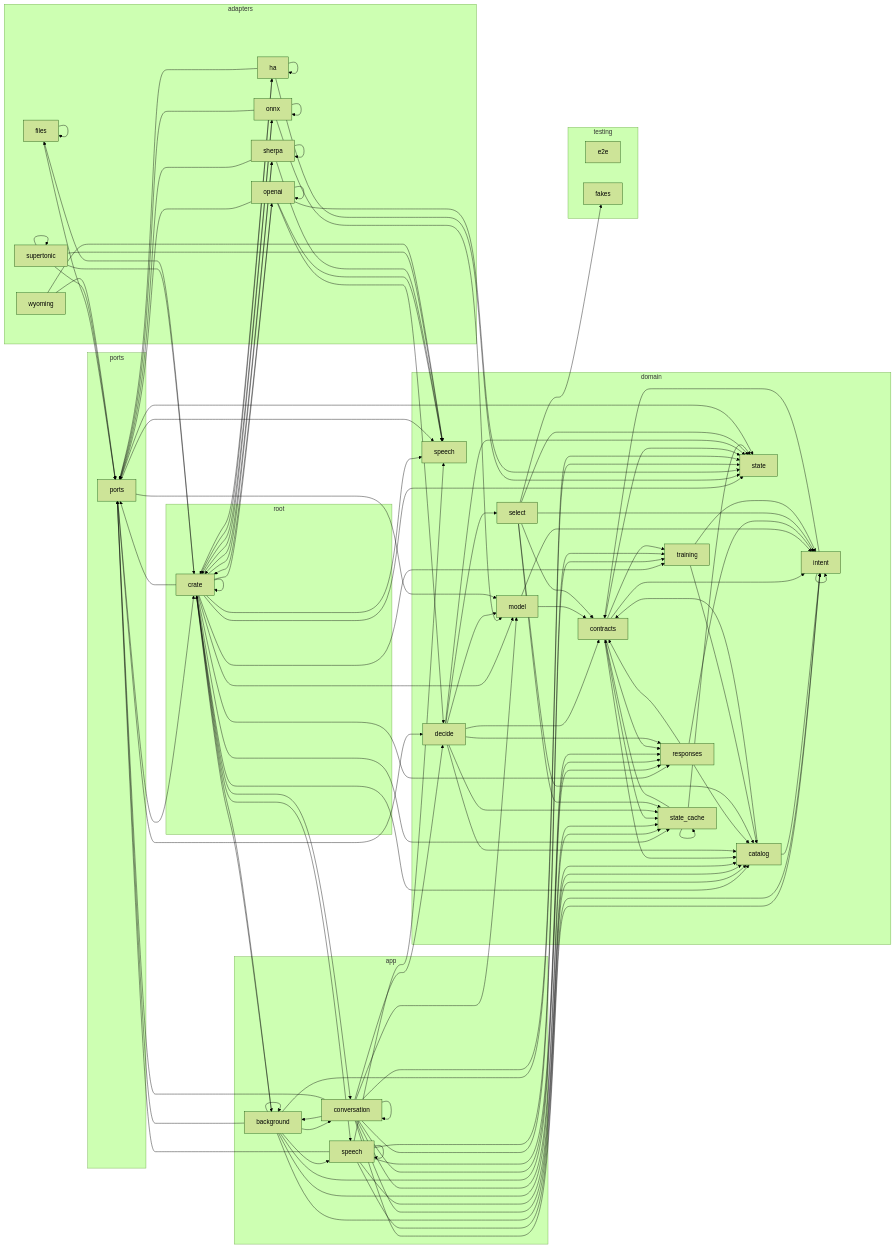
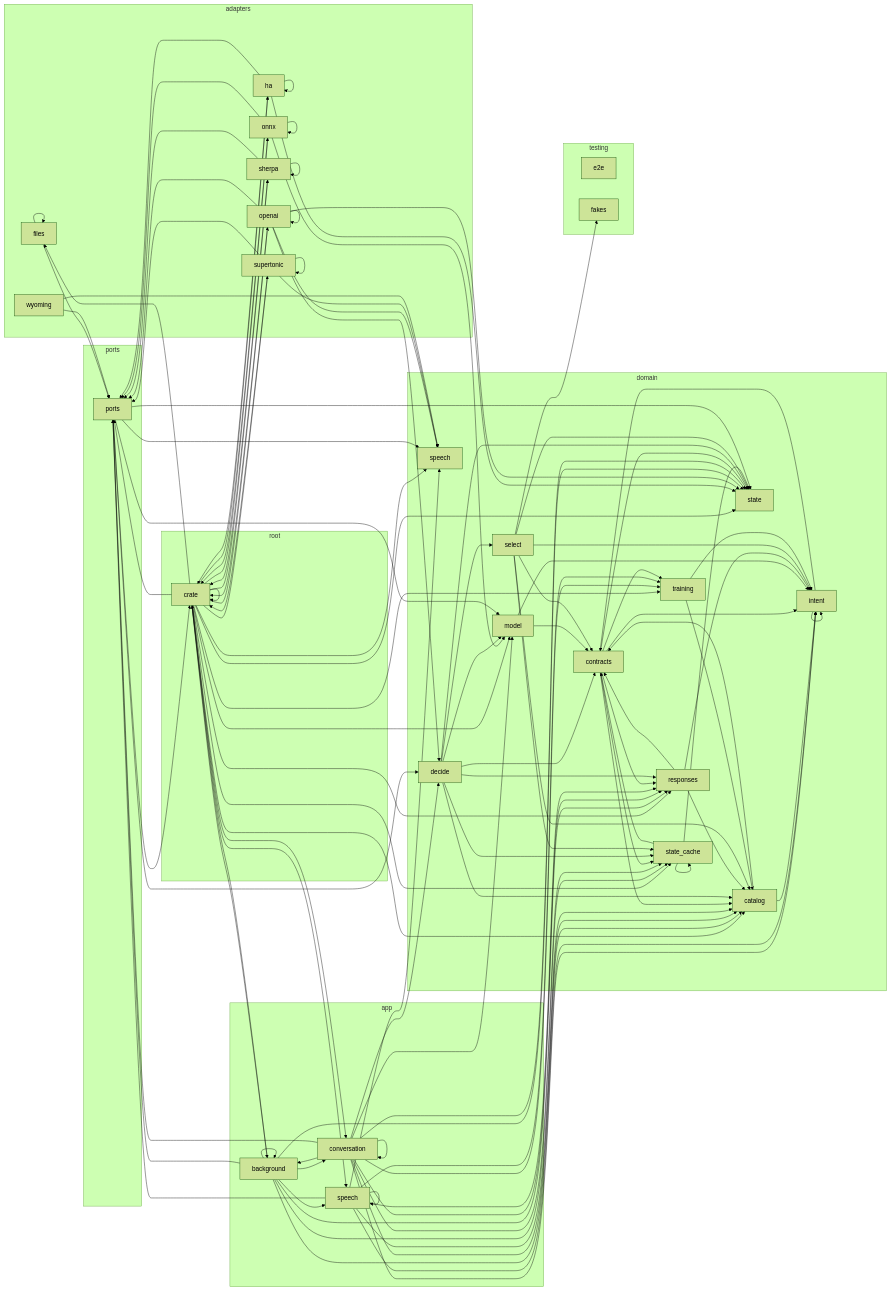
Before and after one commit to louislang/ha-jarvis: the diagram in docs/architecture.md, drawn with Mermaid (forest theme). The commit also changed 4 other files, not shown here.

```diff
--- a/docs/architecture.md
+++ b/docs/architecture.md
@@ -47,6 +47,7 @@
     crate --> crate_adapters_onnx
     crate --> crate_adapters_openai
     crate --> crate_adapters_sherpa
+    crate --> crate_adapters_supertonic
     crate --> crate_app_background
     crate --> crate_app_conversation
     crate --> crate_app_speech
@@ -76,7 +77,6 @@
     crate_adapters_openai --> crate_ports
     crate_adapters_sherpa --> crate
     crate_adapters_sherpa --> crate_adapters_sherpa
-    crate_adapters_sherpa --> crate_domain_speech
     crate_adapters_sherpa --> crate_ports
     crate_adapters_supertonic --> crate
     crate_adapters_supertonic --> crate_adapters_supertonic
```
